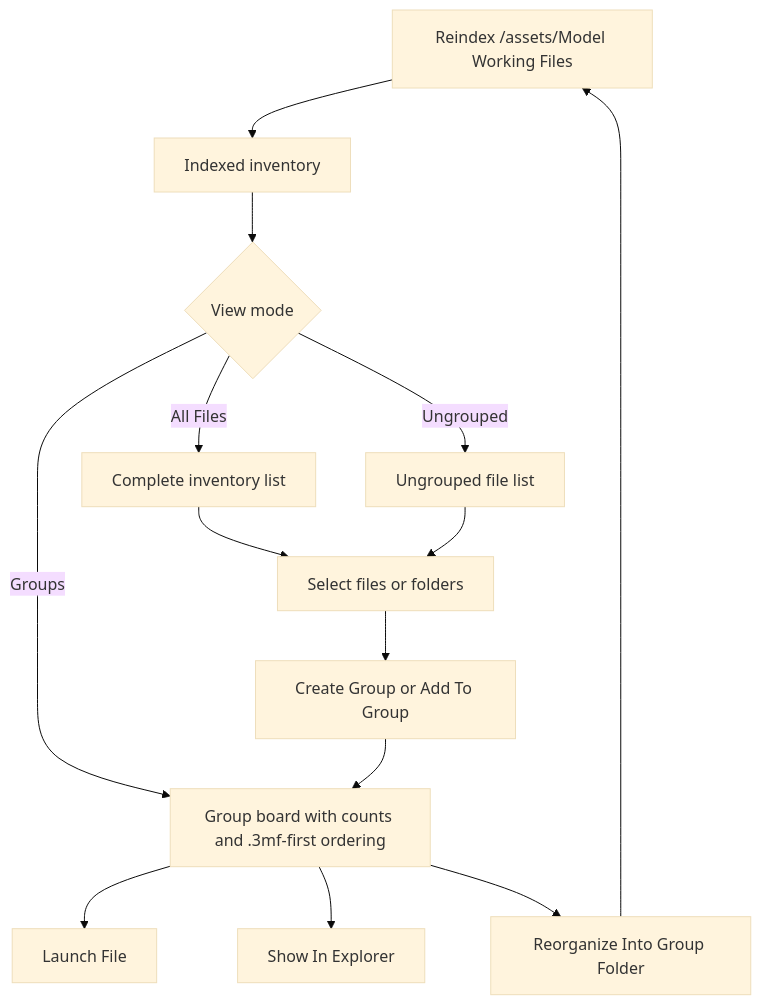
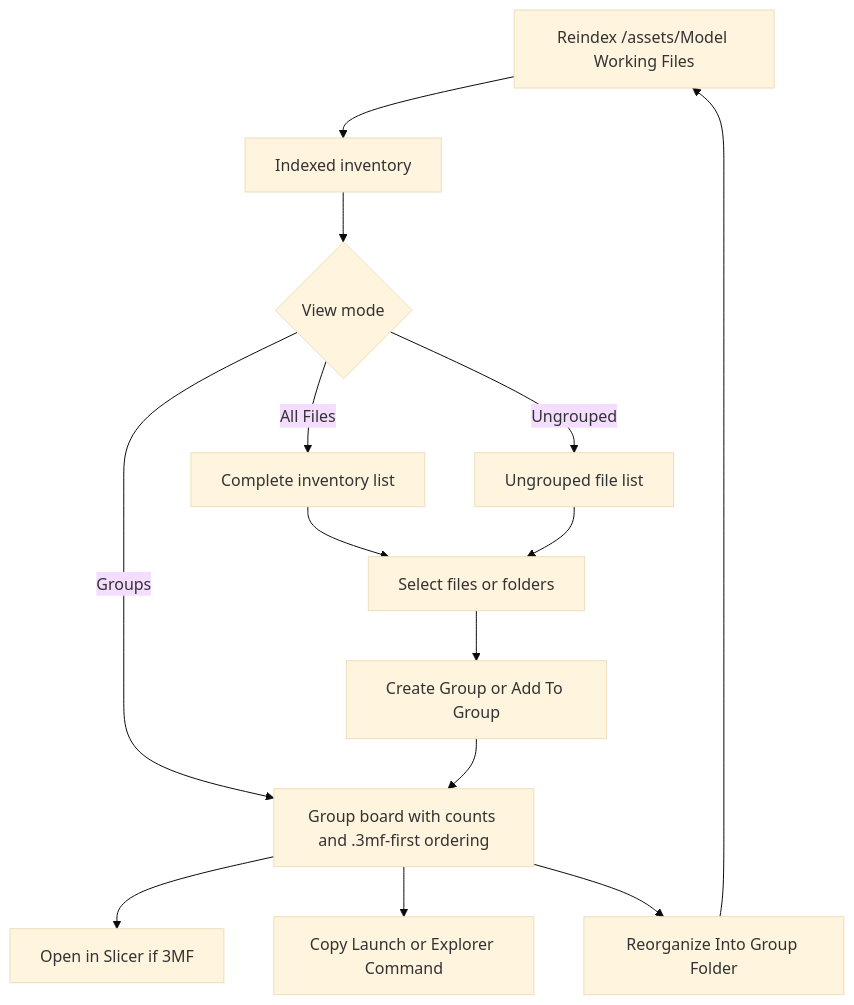
Before and after one commit to rsocko/hass-bambulab-config: the diagram in docs/features/model_catalog/working-files-workflow-redesign-issue-1169.md, drawn with Mermaid (base theme). The commit also changed other lines of this file and 1 other file, not shown here.

Commit message:
feat: Introduce manual command copy actions for host-path mapping in Working Files workflow

````diff
--- a/docs/features/model_catalog/working-files-workflow-redesign-issue-1169.md
+++ b/docs/features/model_catalog/working-files-workflow-redesign-issue-1169.md
@@ -143,18 +145,18 @@
 ```mermaid
 flowchart TD
     A[Reindex /assets/Model Working Files] --> B[Indexed inventory]
     B --> C{View mode}
     C -->|Groups| D[Group board with counts and .3mf-first ordering]
     C -->|All Files| E[Complete inventory list]
     C -->|Ungrouped| F[Ungrouped file list]
 
     E --> G[Select files or folders]
     F --> G
     G --> H[Create Group or Add To Group]
     H --> D
 
-    D --> I[Launch File]
-    D --> J[Show In Explorer]
+   D --> I[Open in Slicer if 3MF]
+   D --> J[Copy Launch or Explorer Command]
     D --> K[Reorganize Into Group Folder]
     K --> A
 ```
````
